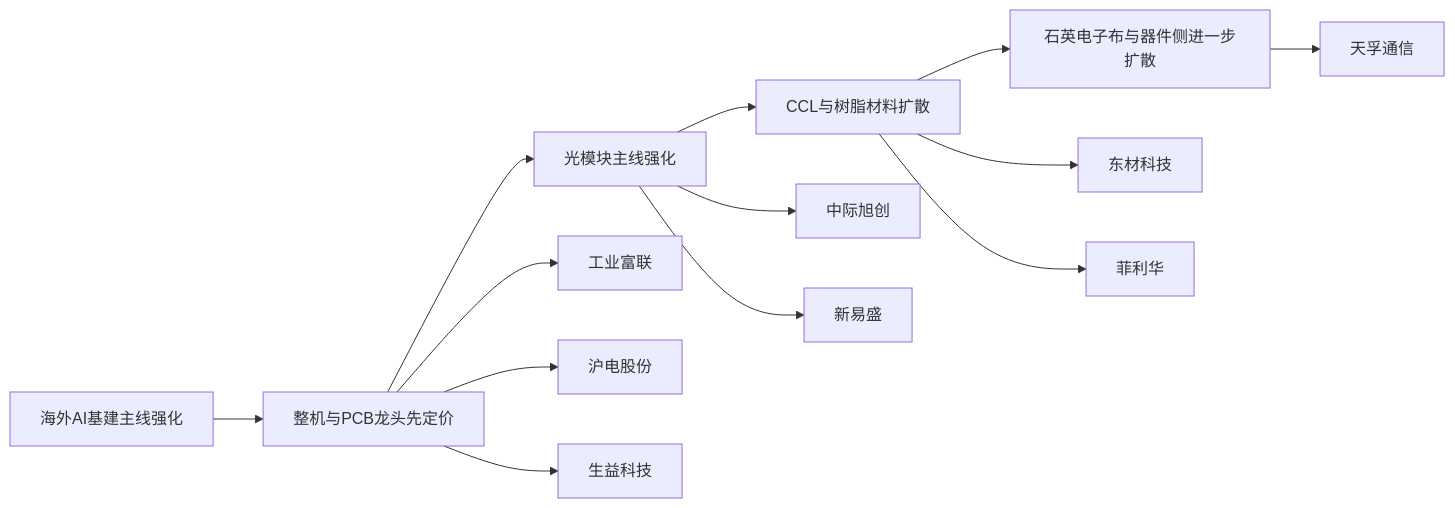
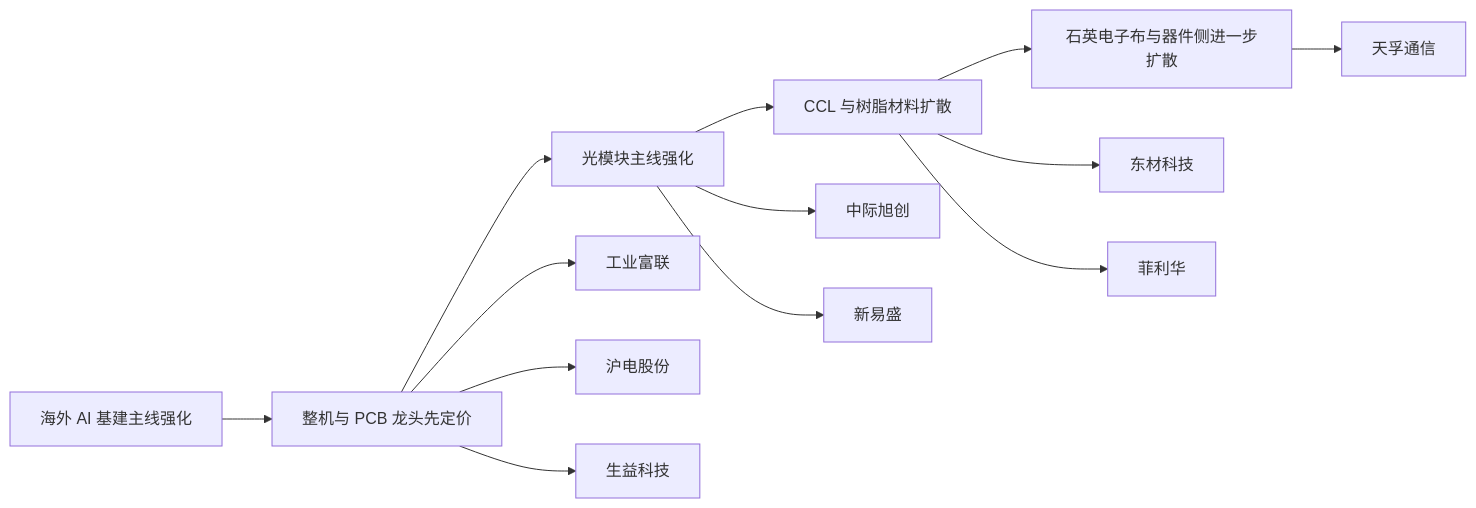
The third of 3 diagrams in 国内英伟达产业链供给分析与短期投资方向.md (JiGW24/DeepNotes), drawn with Mermaid before and after one commit. The commit also changed other lines of this file and 6 other files, not shown here.

````diff
--- a/国内英伟达产业链供给分析与短期投资方向.md
+++ b/国内英伟达产业链供给分析与短期投资方向.md
@@ -250,15 +193,15 @@
 ```mermaid
 flowchart LR
-    A[海外AI基建主线强化] --> B[整机与PCB龙头先定价]
+    A[海外 AI 基建主线强化] --> B[整机与 PCB 龙头先定价]
     B --> C[光模块主线强化]
-    C --> D[CCL与树脂材料扩散]
+    C --> D[CCL 与树脂材料扩散]
     D --> E[石英电子布与器件侧进一步扩散]
     B --> B1[工业富联]
     B --> B2[沪电股份]
     B --> B3[生益科技]
     C --> C1[中际旭创]
     C --> C2[新易盛]
     D --> D1[东材科技]
     D --> D2[菲利华]
     E --> E1[天孚通信]
 ```
````
